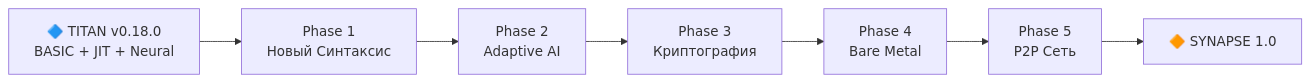
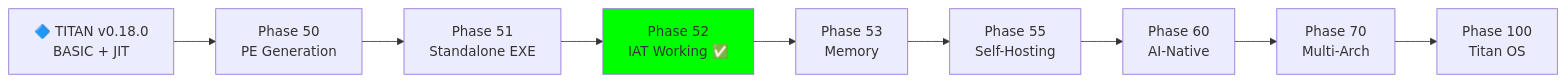
One commit to mjojo/SYNAPSE changed the diagram in docs/SYNAPSE_ROADMAP.md. Above: the diagram before and after it, drawn with Mermaid. The commit also changed other lines of this file and 3 other files, not shown here.

````diff
--- a/docs/SYNAPSE_ROADMAP.md
+++ b/docs/SYNAPSE_ROADMAP.md
@@ -11,12 +63,16 @@
 ```mermaid
 graph LR
-    TITAN["🔷 TITAN v0.18.0<br/>BASIC + JIT + Neural"]
-    P1["Phase 1<br/>Новый Синтаксис"]
-    P2["Phase 2<br/>Adaptive AI"]
-    P3["Phase 3<br/>Криптография"]
-    P4["Phase 4<br/>Bare Metal"]
-    P5["Phase 5<br/>P2P Сеть"]
-    SYNAPSE["🔶 SYNAPSE 1.0"]
+    TITAN["🔷 TITAN v0.18.0<br/>BASIC + JIT"]
+    P50["Phase 50<br/>PE Generation"]
+    P51["Phase 51<br/>Standalone EXE"]
+    P52["Phase 52<br/>IAT Working ✅"]
+    P53["Phase 53<br/>Memory"]
+    P55["Phase 55<br/>Self-Hosting"]
+    P60["Phase 60<br/>AI-Native"]
+    P70["Phase 70<br/>Multi-Arch"]
+    P100["Phase 100<br/>Titan OS"]
     
-    TITAN --> P1 --> P2 --> P3 --> P4 --> P5 --> SYNAPSE
+    TITAN --> P50 --> P51 --> P52 --> P53 --> P55 --> P60 --> P70 --> P100
+    
+    style P52 fill:#0f0
 ```
````
